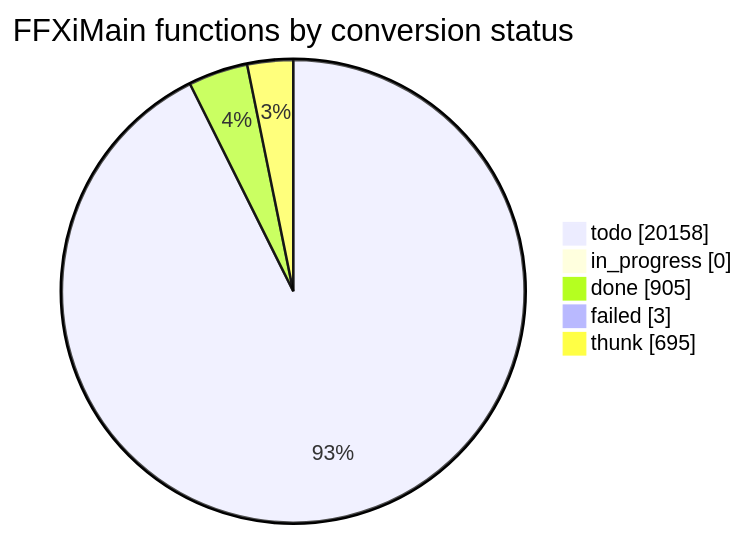
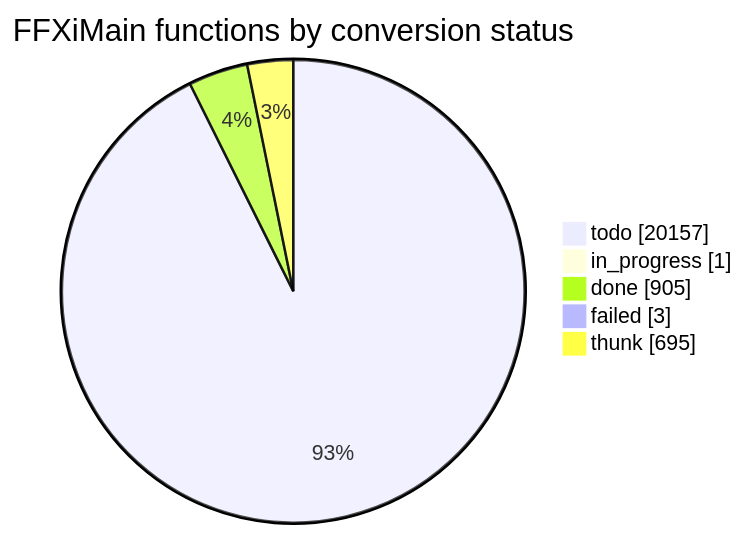
The diagram in docs/cow/STATUS.md (cowrevenge/cow_kuluu_xi_anything), drawn with Mermaid before and after one commit. The commit also changed other lines of this file and 7 other files, not shown here.

````diff
--- a/docs/cow/STATUS.md
+++ b/docs/cow/STATUS.md
@@ -18,9 +18,9 @@
 ```mermaid
 pie showData
     title FFXiMain functions by conversion status
-    "todo" : 20158
-    "in_progress" : 0
+    "todo" : 20157
+    "in_progress" : 1
     "done" : 905
     "failed" : 3
     "thunk" : 695
 ```
````
